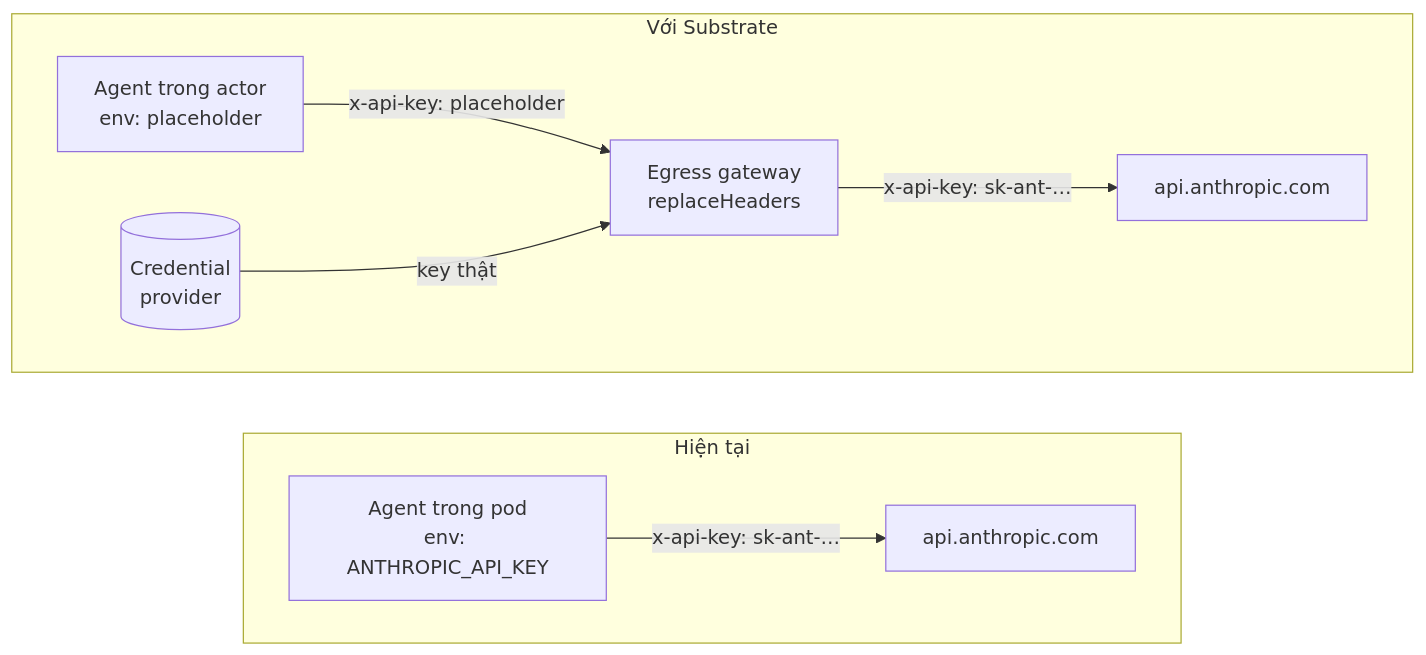
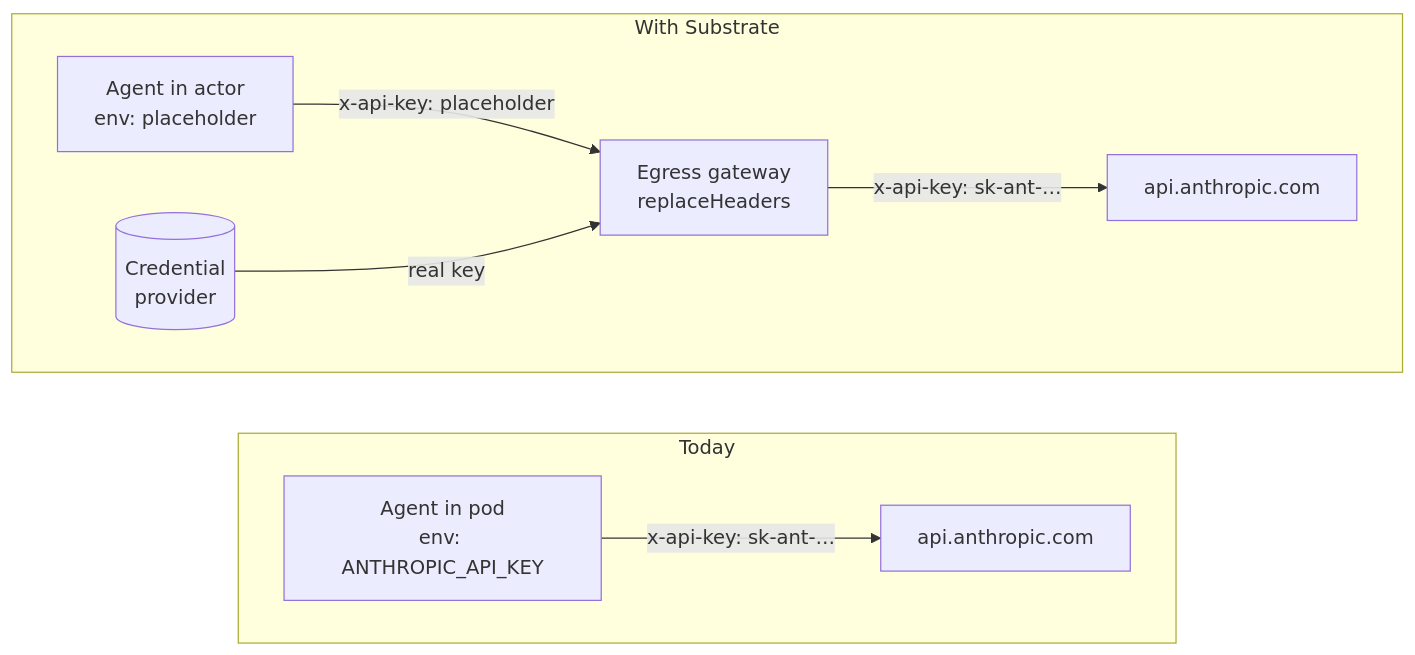
Before and after one commit to namphuongtran/warren: the second of 2 diagrams in docs/design/substrate-integration.md, drawn with Mermaid. The commit also changed other lines of this file and 4 other files, not shown here.

````diff
--- a/docs/design/substrate-integration.md
+++ b/docs/design/substrate-integration.md
@@ -121,13 +121,13 @@
 ```mermaid
 flowchart LR
-    subgraph before["Hiện tại"]
+    subgraph before["Today"]
         direction LR
-        a1["Agent trong pod<br/>env: ANTHROPIC_API_KEY"] -- "x-api-key: sk-ant-…" --> m1["api.anthropic.com"]
+        a1["Agent in pod<br/>env: ANTHROPIC_API_KEY"] -- "x-api-key: sk-ant-…" --> m1["api.anthropic.com"]
     end
-    subgraph after["Với Substrate"]
+    subgraph after["With Substrate"]
         direction LR
-        a2["Agent trong actor<br/>env: placeholder"] -- "x-api-key: placeholder" --> gw["Egress gateway<br/>replaceHeaders"]
-        cp[("Credential<br/>provider")] -- "key thật" --> gw
+        a2["Agent in actor<br/>env: placeholder"] -- "x-api-key: placeholder" --> gw["Egress gateway<br/>replaceHeaders"]
+        cp[("Credential<br/>provider")] -- "real key" --> gw
         gw -- "x-api-key: sk-ant-…" --> m2["api.anthropic.com"]
     end
 ```
````
